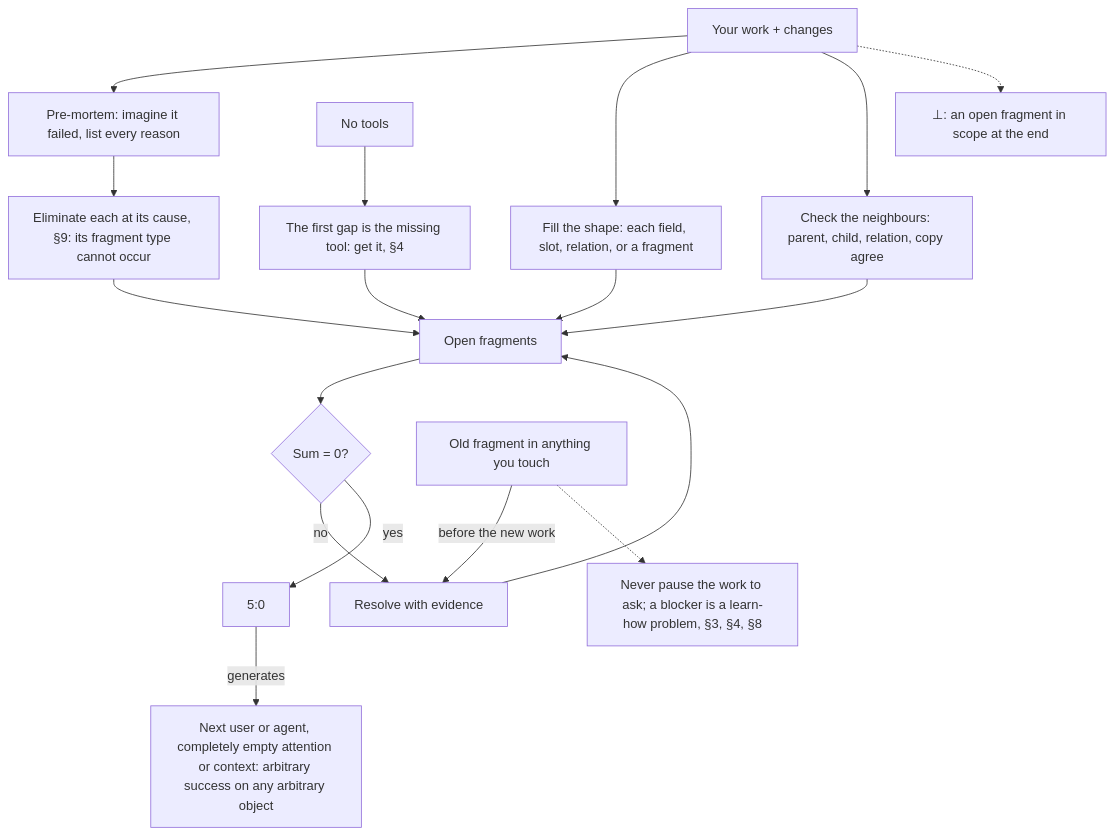
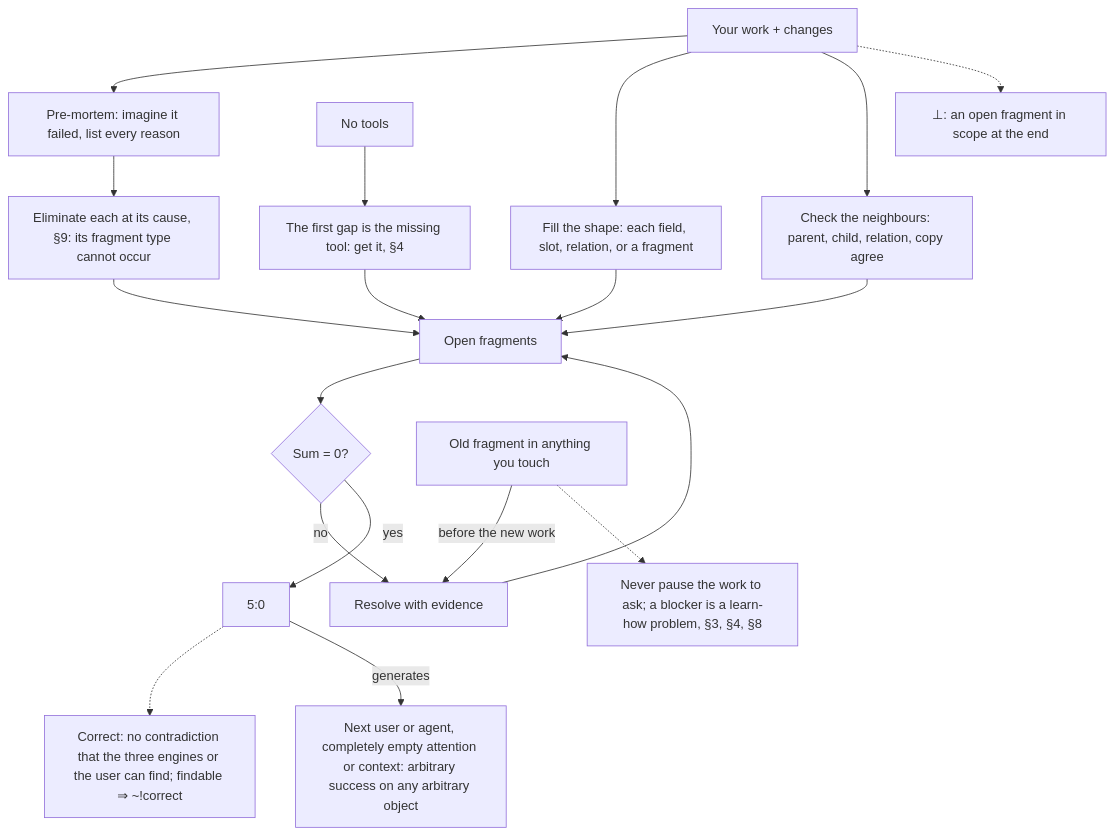
Before and after one commit to SolenixAI/arbiter: the second of 14 diagrams in AGENTS.md, drawn with Mermaid. The commit also changed other lines of this file and 1 other file, not shown here.

First line of the commit message:
feat(agents): ~!correct, no contradiction reaches the user, every ⊥ tests false before done (#51)

````diff
--- a/AGENTS.md
+++ b/AGENTS.md
@@ -105,12 +110,13 @@
 ```mermaid
 flowchart TD
   W[Your work + changes] --> PM[Pre-mortem: imagine it failed, list every reason] --> P[Eliminate each at its cause, §9: its fragment type cannot occur] --> L[Open fragments] --> C{Sum = 0?}
   C -->|no| F[Resolve with evidence] --> L
   W --> SH[Fill the shape: each field, slot, relation, or a fragment] --> L
   W --> NB[Check the neighbours: parent, child, relation, copy agree] --> L
+  D -.-> CO["Correct: no contradiction that the three engines or the user can find; findable ⇒ ~!correct"]
   C -->|yes| D[5:0] -->|generates| NX["Next user or agent, completely empty attention or context: arbitrary success on any arbitrary object"]
   O[Old fragment in anything you touch] -->|before the new work| F
   O -.-> TM["Never pause the work to ask; a blocker is a learn-how problem, §3, §4, §8"]
   NT[No tools] --> X["The first gap is the missing tool: get it, §4"] --> L
   W -.-> BOT["⊥: an open fragment in scope at the end"]
 ```
````
